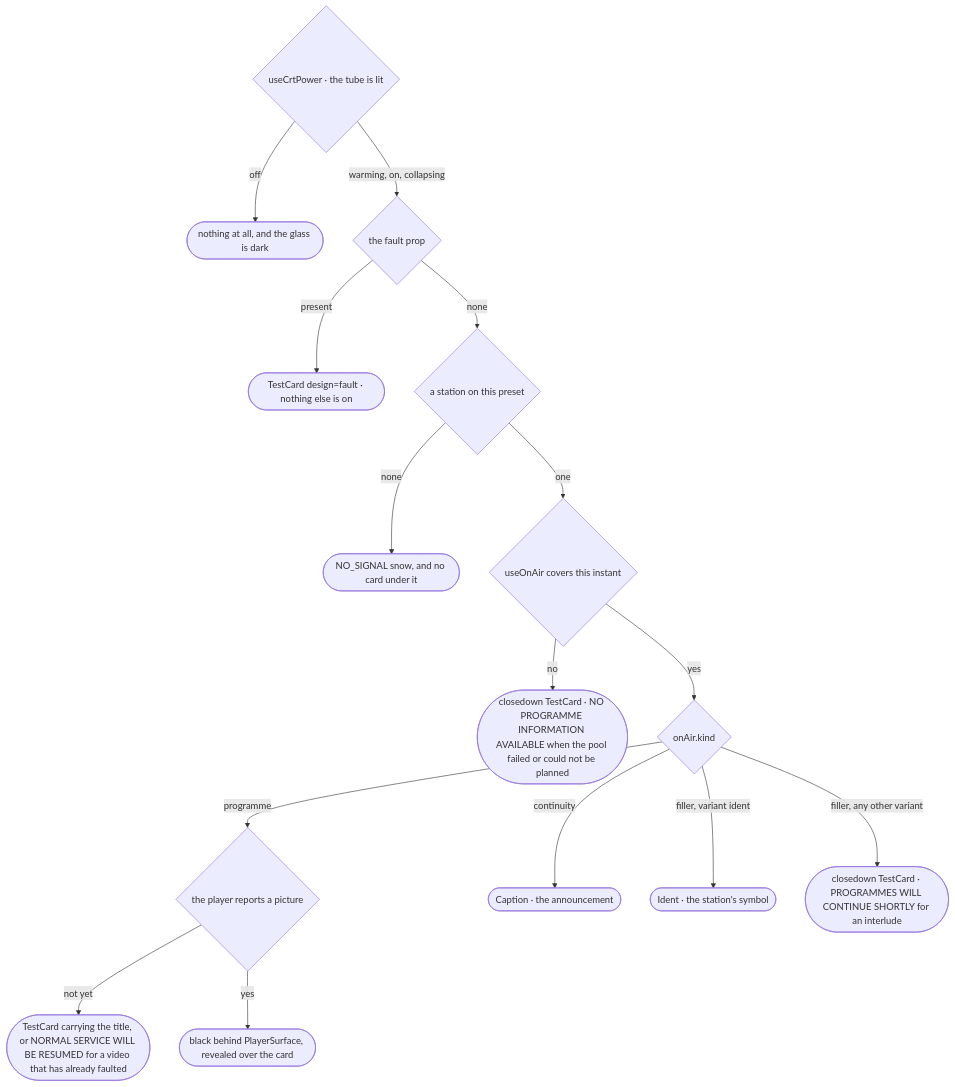
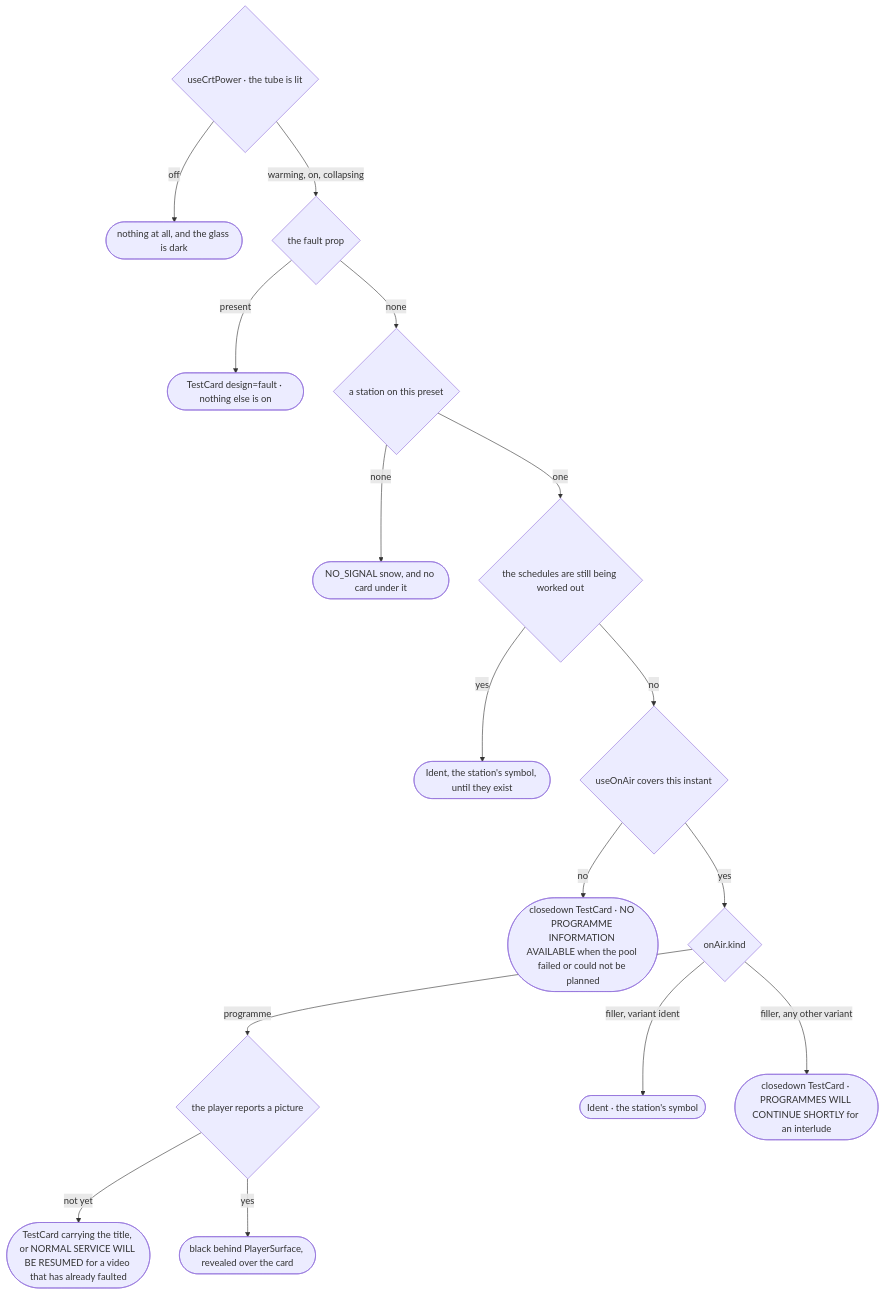
Before and after one commit to coolhandle01/telly: the second of 5 diagrams in docs/architecture/components.md, drawn with Mermaid. The commit also changed other lines of this file and 159 other files, not shown here.

````diff
--- a/docs/architecture/components.md
+++ b/docs/architecture/components.md
@@ -144,18 +144,19 @@
 ```mermaid
 flowchart TB
   lit{"useCrtPower · the tube is lit"}
   lit -->|"off"| nothing(["nothing at all, and the glass is dark"])
   lit -->|"warming, on, collapsing"| fault{"the fault prop"}
   fault -->|"present"| faultcard(["TestCard design=fault · nothing else is on"])
   fault -->|"none"| carrier{"a station on this preset"}
   carrier -->|"none"| snow(["NO_SIGNAL snow, and no card under it"])
-  carrier -->|"one"| onair{"useOnAir covers this instant"}
+  carrier -->|"one"| loading{"the schedules are still being worked out"}
+  loading -->|"yes"| held(["Ident, the station's symbol, until they exist"])
+  loading -->|"no"| onair{"useOnAir covers this instant"}
   onair -->|"no"| closed(["closedown TestCard · NO PROGRAMME INFORMATION AVAILABLE when the pool failed or could not be planned"])
   onair -->|"yes"| kind{"onAir.kind"}
   kind -->|"programme"| picture{"the player reports a picture"}
   picture -->|"not yet"| under(["TestCard carrying the title, or NORMAL SERVICE WILL BE RESUMED for a video that has already faulted"])
   picture -->|"yes"| shown(["black behind PlayerSurface, revealed over the card"])
-  kind -->|"continuity"| caption(["Caption · the announcement"])
   kind -->|"filler, variant ident"| ident(["Ident · the station's symbol"])
   kind -->|"filler, any other variant"| interlude(["closedown TestCard · PROGRAMMES WILL CONTINUE SHORTLY for an interlude"])
 ```
````
